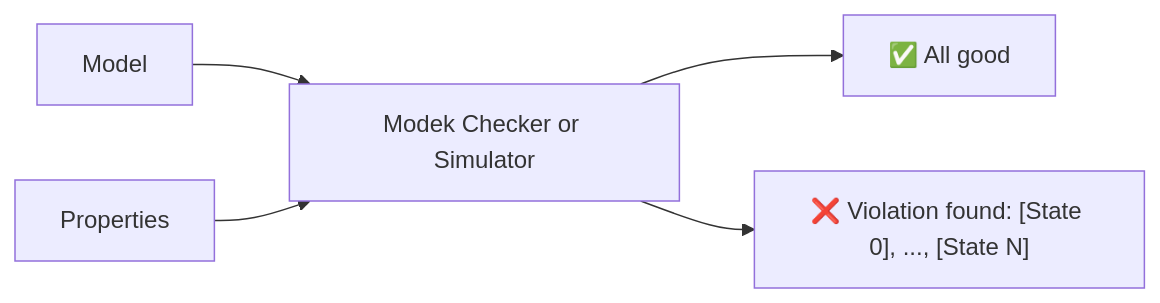
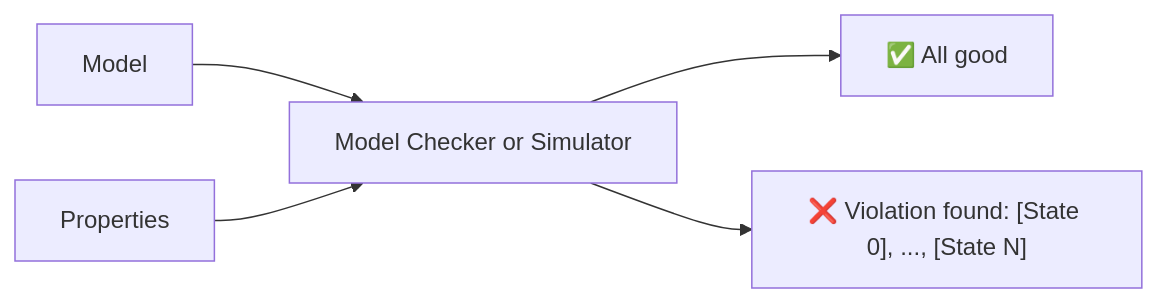
The first of 2 diagrams in docs/pages/docs/quint-basics.mdx (quint-co/quint), drawn with Mermaid before and after one commit. The commit also changed 23 other files, not shown here.

````diff
--- a/docs/pages/docs/quint-basics.mdx
+++ b/docs/pages/docs/quint-basics.mdx
@@ -5,10 +5,10 @@
 ```mermaid
 graph LR
-    m["Modek Checker or Simulator"]
+    m["Model Checker or Simulator"]
     all_good["✅ All good"]
     violation_found["❌ Violation found: [State 0], ..., [State N]"]
     Model --> m
     Properties --> m
     m --> all_good
     m --> violation_found
 ```
````
